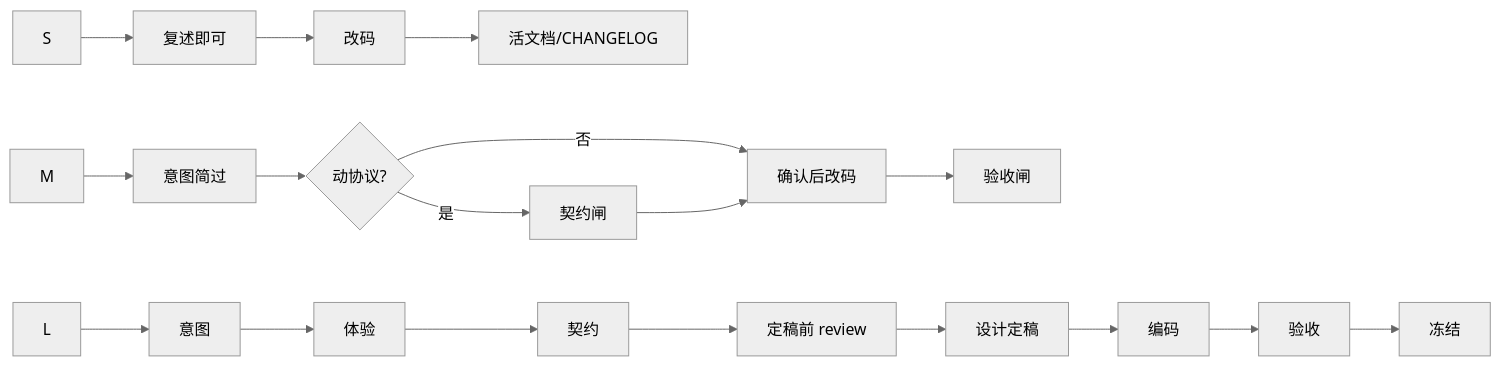
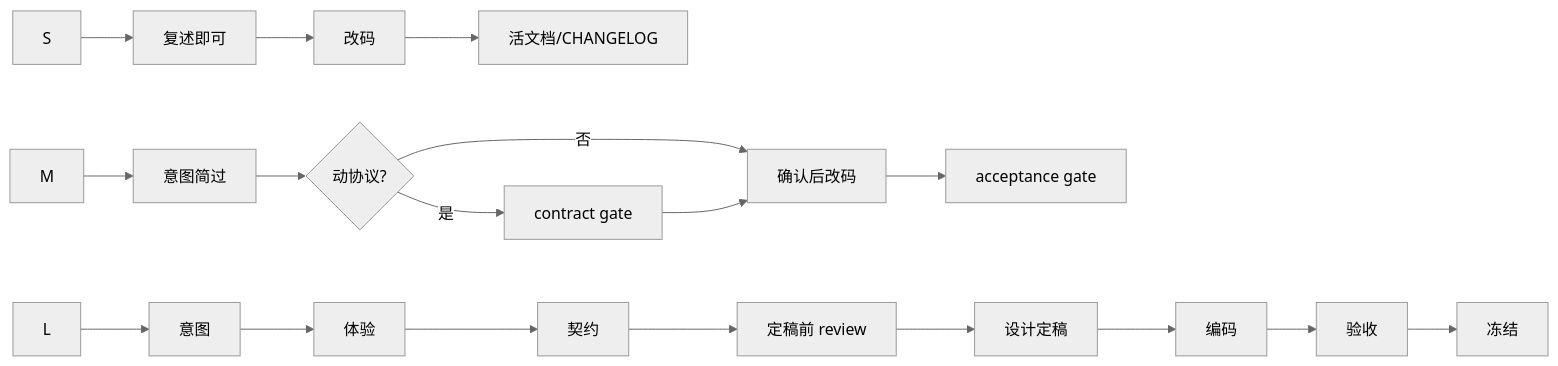
One commit to linjiaqin12138/skills changed the diagram in skills/product-delivery/references/gates.md. Above: the diagram before and after it, drawn with Mermaid (neutral theme). The commit also changed other lines of this file and 20 other files, not shown here.

````diff
--- a/skills/product-delivery/references/gates.md
+++ b/skills/product-delivery/references/gates.md
@@ -84,20 +90,20 @@
 ```mermaid
 flowchart LR
   S[S] --> S0[复述即可]
   S0 --> Code[改码]
   Code --> Soft[活文档/CHANGELOG]
   M[M] --> I[意图简过]
   I --> C{动协议?}
-  C -->|是| K[契约闸]
+  C -->|是| K[contract gate]
   C -->|否| Code2[确认后改码]
   K --> Code2
-  Code2 --> V[验收闸]
+  Code2 --> V[acceptance gate]
   L[L] --> G1[意图]
   G1 --> G2[体验]
   G2 --> G3[契约]
   G3 --> R[定稿前 review]
   R --> D[设计定稿]
   D --> Code3[编码]
   Code3 --> G4[验收]
   G4 --> F[冻结]
 ```
````
